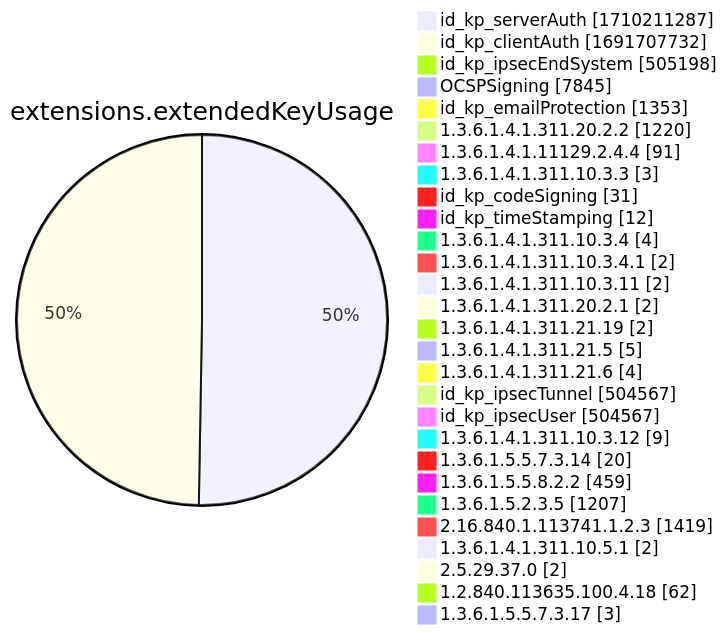
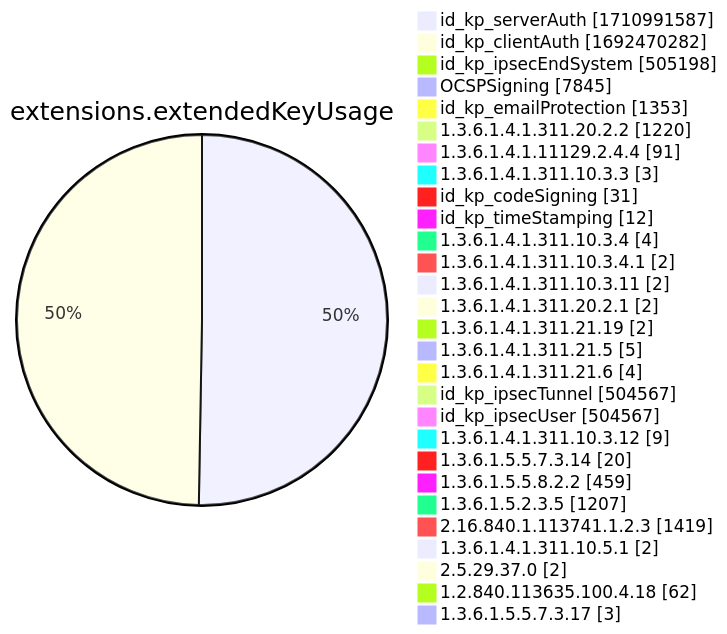
One commit to christiankrug/ctmonitor_visualization changed diagram 12 of 15 in xenon2022/README.md. Above: the diagram before and after it, drawn with Mermaid. The commit also changed other lines of this file, not shown here.

````diff
--- a/xenon2022/README.md
+++ b/xenon2022/README.md
@@ -3888,32 +3888,32 @@
 ```mermaid
 pie showData
 title extensions.extendedKeyUsage
-"id_kp_serverAuth" :1710211287
-"id_kp_clientAuth" :1691707732
+"id_kp_serverAuth" :1710991587
+"id_kp_clientAuth" :1692470282
 "id_kp_ipsecEndSystem" :505198
 "OCSPSigning" :7845
 "id_kp_emailProtection" :1353
 "1.3.6.1.4.1.311.20.2.2" :1220
 "1.3.6.1.4.1.11129.2.4.4" :91
 "1.3.6.1.4.1.311.10.3.3" :3
 "id_kp_codeSigning" :31
 "id_kp_timeStamping" :12
 "1.3.6.1.4.1.311.10.3.4" :4
 "1.3.6.1.4.1.311.10.3.4.1" :2
 "1.3.6.1.4.1.311.10.3.11" :2
 "1.3.6.1.4.1.311.20.2.1" :2
 "1.3.6.1.4.1.311.21.19" :2
 "1.3.6.1.4.1.311.21.5" :5
 "1.3.6.1.4.1.311.21.6" :4
 "id_kp_ipsecTunnel" :504567
 "id_kp_ipsecUser" :504567
 "1.3.6.1.4.1.311.10.3.12" :9
 "1.3.6.1.5.5.7.3.14" :20
 "1.3.6.1.5.5.8.2.2" :459
 "1.3.6.1.5.2.3.5" :1207
 "2.16.840.1.113741.1.2.3" :1419
 "1.3.6.1.4.1.311.10.5.1" :2
 "2.5.29.37.0" :2
 "1.2.840.113635.100.4.18" :62
 "1.3.6.1.5.5.7.3.17" :3
 ```
````
